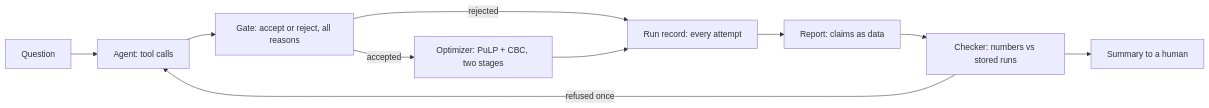
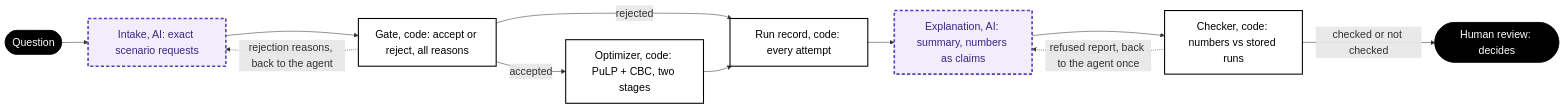
The diagram in README.md (ChuLion/happy_toad), drawn with Mermaid before and after one commit. The commit also changed other lines of this file and 3 other files, not shown here.

First line of the commit message:
Architecture diagram: AI steps distinct from code, both feedback paths drawn, Human review

````diff
--- a/README.md
+++ b/README.md
@@ -19,12 +19,20 @@
 ```mermaid
+%%{init: {"themeVariables": {"fontSize": "20px"}}}%%
 flowchart LR
-    Q[Question] --> A[Agent: tool calls]
-    A --> G[Gate: accept or reject, all reasons]
-    G -->|accepted| O[Optimizer: PuLP + CBC, two stages]
+    Q([Question]) --> I[Intake, AI: exact scenario requests]
+    I --> G[Gate, code: accept or reject, all reasons]
+    G -->|accepted| O[Optimizer, code: PuLP + CBC, two stages]
     G -->|rejected| R
-    O --> R[Run record: every attempt]
-    R --> P[Report: claims as data]
-    P --> C[Checker: numbers vs stored runs]
-    C -->|refused once| A
-    C --> S[Summary to a human]
+    O --> R[Run record, code: every attempt]
+    G -. rejection reasons, back to the agent .-> I
+    R --> E[Explanation, AI: summary, numbers as claims]
+    E --> C[Checker, code: numbers vs stored runs]
+    C -. refused report, back to the agent once .-> E
+    C -->|checked or not checked| H([Human review: decides])
+    classDef ai fill:#f1edfb,stroke:#5b3cc4,stroke-width:3px,stroke-dasharray:6 4,color:#3b2585
+    classDef code fill:#ffffff,stroke:#000000,stroke-width:2px,color:#000000
+    classDef person fill:#000000,stroke:#000000,color:#ffffff
+    class I,E ai
+    class G,O,R,C code
+    class Q,H person
 ```
````
